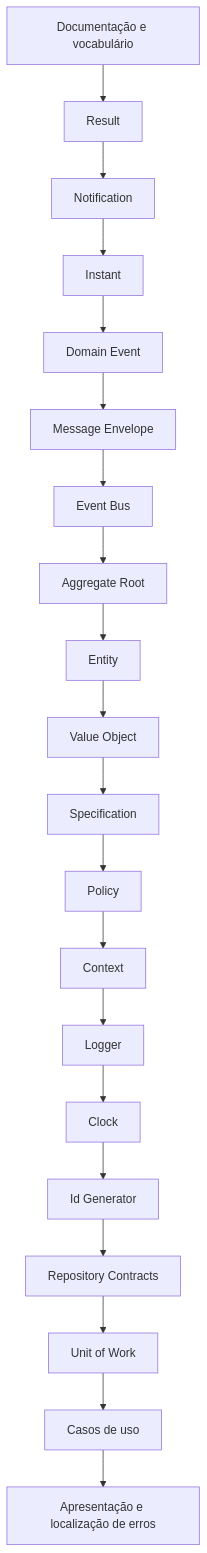
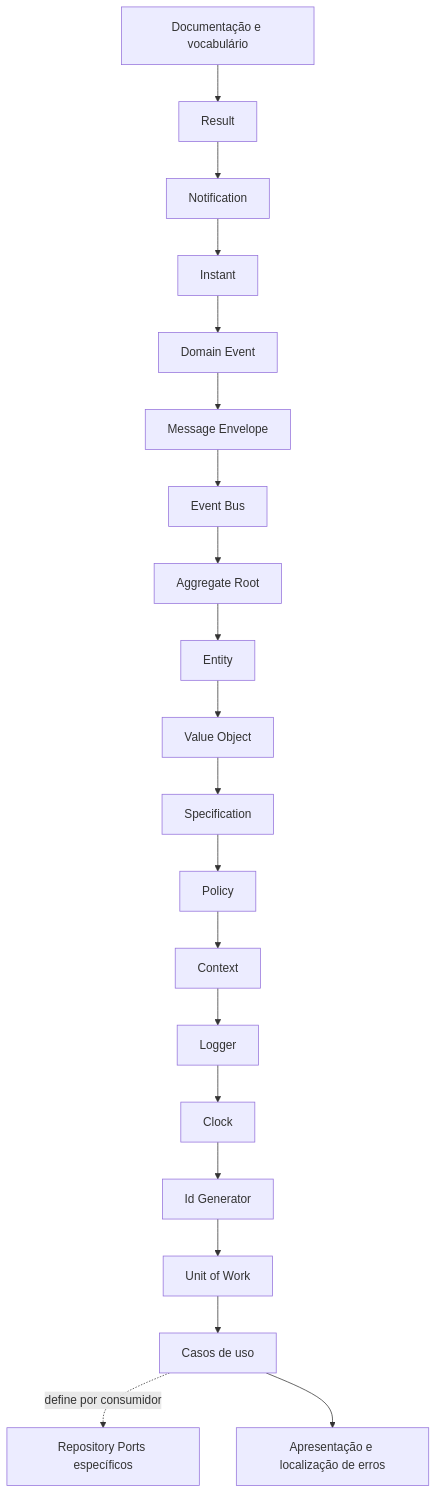
The diagram in docs/roadmap.md (MauricioGomes02/servir), drawn with Mermaid before and after one commit. The commit also changed other lines of this file and 12 other files, not shown here.

First line of the commit message:
feat(application): add unit of work and transactional event acknowledgement

````diff
--- a/docs/roadmap.md
+++ b/docs/roadmap.md
@@ -23,22 +23,22 @@
 ```mermaid
 flowchart TD
     D[Documentação e vocabulário] --> R[Result]
     R --> N[Notification]
     N --> I[Instant]
     I --> DE[Domain Event]
     DE --> M[Message Envelope]
     M --> EB[Event Bus]
     EB --> AR[Aggregate Root]
     AR --> E[Entity]
     E --> VO[Value Object]
     VO --> S[Specification]
     S --> P[Policy]
     P --> C[Context]
     C --> L[Logger]
     L --> CL[Clock]
     CL --> ID[Id Generator]
-    ID --> RC[Repository Contracts]
-    RC --> U[Unit of Work]
+    ID --> U[Unit of Work]
     U --> UC[Casos de uso]
+    UC -. define por consumidor .-> RC[Repository Ports específicos]
     UC --> PL[Apresentação e localização de erros]
 ```
````
